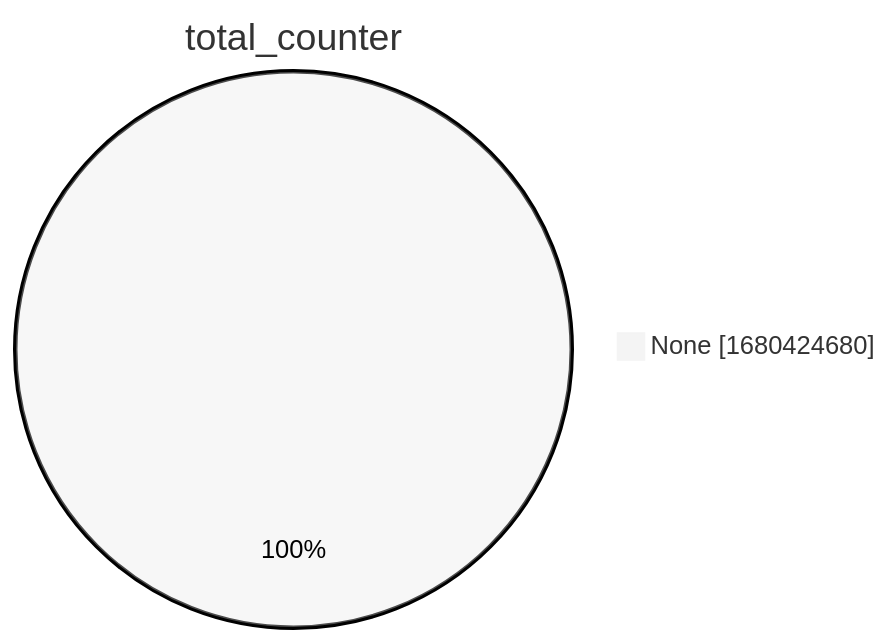
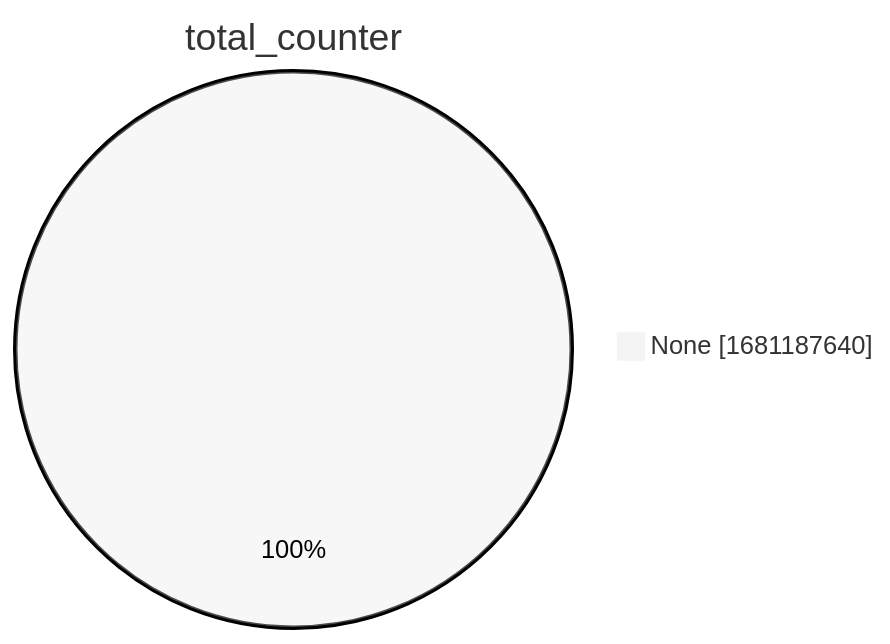
One commit to christiankrug/ctmonitor_visualization changed the second of 15 diagrams in xenon2022/README.md. Above: the diagram before and after it, drawn with Mermaid (neutral theme). The commit also changed other lines of this file, not shown here.

````diff
--- a/xenon2022/README.md
+++ b/xenon2022/README.md
@@ -9,5 +9,5 @@
 ```mermaid
 pie showData
 title total_counter
-"None" :1680424680
+"None" :1681187640
 ```
````
